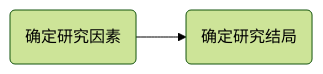
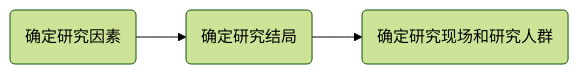
One commit to viket-vista/Notes changed the third of 3 diagrams in 大三下/流行病学.md. Above: the diagram before and after it, drawn with Mermaid (forest theme). The commit also changed other lines of this file, not shown here.

````diff
--- a/大三下/流行病学.md
+++ b/大三下/流行病学.md
@@ -69,4 +69,4 @@
 ```mermaid
 graph LR
-A(确定研究因素) --> B(确定研究结局)
+A(确定研究因素) --> B(确定研究结局) --> C(确定研究现场和研究人群)
 ```
````
